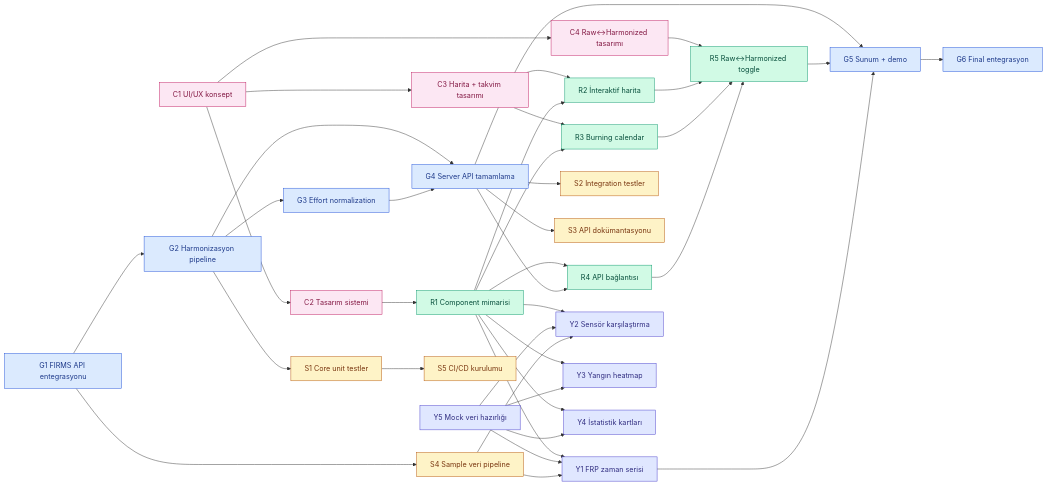
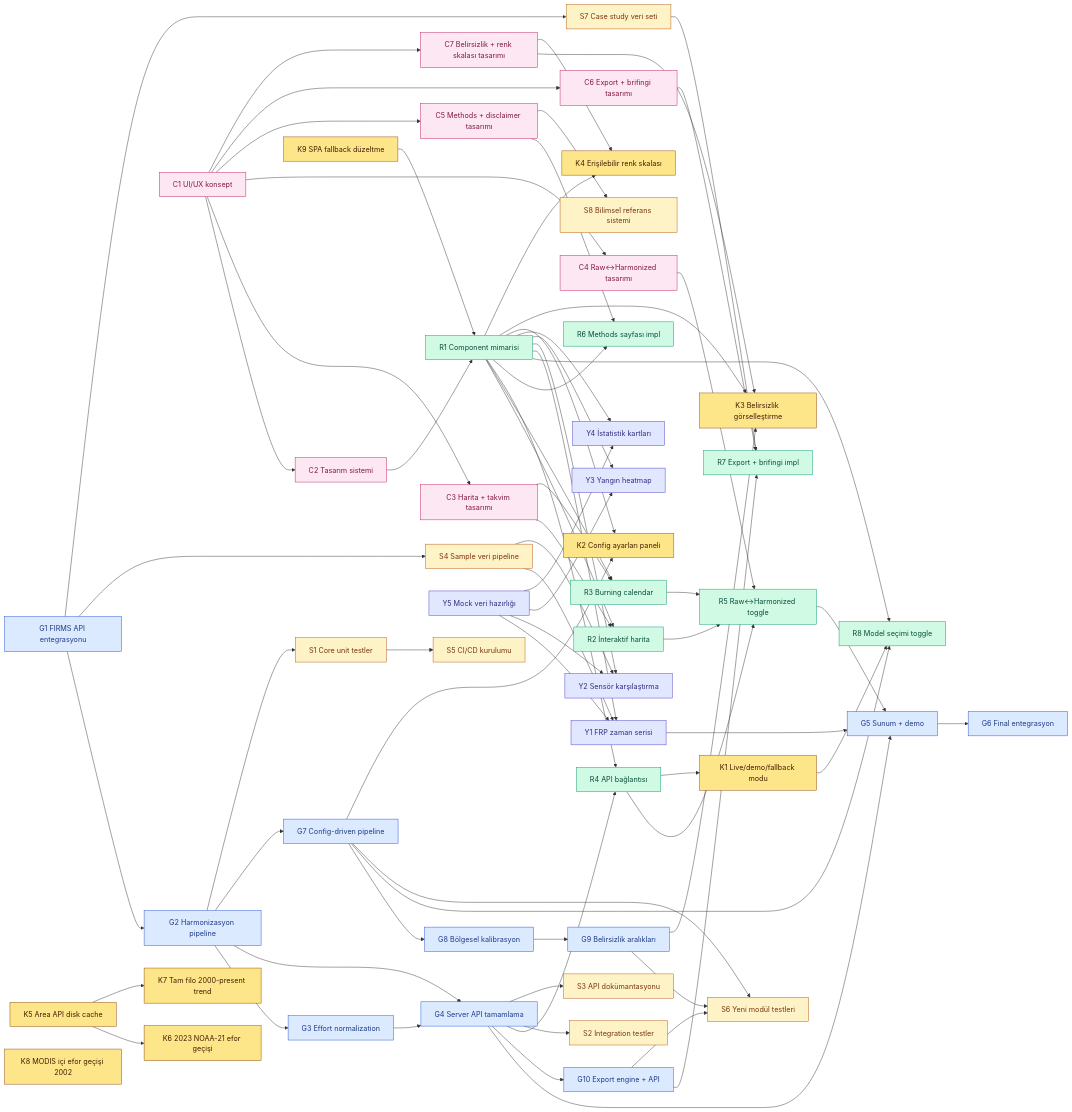
Before and after one commit to TeamMagi/SpaceApps2026-MODIS-VIIRS: the diagram in GOREVLER.md, drawn with Mermaid. The commit also changed other lines of this file and 2 other files, not shown here.

````diff
--- a/GOREVLER.md
+++ b/GOREVLER.md
@@ -27,6 +28,7 @@
     classDef serhat fill:#d1fae5,stroke:#059669,color:#064e3b
     classDef samet fill:#fef3c7,stroke:#b45309,color:#78350f
     classDef yusuf fill:#e0e7ff,stroke:#4338ca,color:#312e81
+    classDef sadik fill:#fde68a,stroke:#92400e,color:#451a03
 
     G1[G1 FIRMS API entegrasyonu]:::gorkem
     G2[G2 Harmonizasyon pipeline]:::gorkem
@@ -34,29 +36,52 @@
     G4[G4 Server API tamamlama]:::gorkem
     G5[G5 Sunum + demo]:::gorkem
     G6[G6 Final entegrasyon]:::gorkem
+    G7[G7 Config-driven pipeline]:::gorkem
+    G8[G8 Bölgesel kalibrasyon]:::gorkem
+    G9[G9 Belirsizlik aralıkları]:::gorkem
+    G10[G10 Export engine + API]:::gorkem
 
     C1[C1 UI/UX konsept]:::can
     C2[C2 Tasarım sistemi]:::can
     C3[C3 Harita + takvim tasarımı]:::can
     C4[C4 Raw↔Harmonized tasarımı]:::can
+    C5[C5 Methods + disclaimer tasarımı]:::can
+    C6[C6 Export + brifingi tasarımı]:::can
+    C7[C7 Belirsizlik + renk skalası tasarımı]:::can
 
     R1[R1 Component mimarisi]:::serhat
     R2[R2 İnteraktif harita]:::serhat
     R3[R3 Burning calendar]:::serhat
     R4[R4 API bağlantısı]:::serhat
     R5[R5 Raw↔Harmonized toggle]:::serhat
+    R6[R6 Methods sayfası impl]:::serhat
+    R7[R7 Export + brifingi impl]:::serhat
+    R8[R8 Model seçimi toggle]:::serhat
 
     S1[S1 Core unit testler]:::samet
     S2[S2 Integration testler]:::samet
     S3[S3 API dokümantasyonu]:::samet
     S4[S4 Sample veri pipeline]:::samet
     S5[S5 CI/CD kurulumu]:::samet
+    S6[S6 Yeni modül testleri]:::samet
+    S7[S7 Case study veri seti]:::samet
+    S8[S8 Bilimsel referans sistemi]:::samet
 
     Y1[Y1 FRP zaman serisi]:::yusuf
     Y2[Y2 Sensör karşılaştırma]:::yusuf
     Y3[Y3 Yangın heatmap]:::yusuf
     Y4[Y4 İstatistik kartları]:::yusuf
     Y5[Y5 Mock veri hazırlığı]:::yusuf
+
+    K1[K1 Live/demo/fallback modu]:::sadik
+    K2[K2 Config ayarları paneli]:::sadik
+    K3[K3 Belirsizlik görselleştirme]:::sadik
+    K4[K4 Erişilebilir renk skalası]:::sadik
+    K5[K5 Area API disk cache]:::sadik
+    K6[K6 2023 NOAA-21 efor geçişi]:::sadik
+    K7[K7 Tam filo 2000-present trend]:::sadik
+    K8[K8 MODIS içi efor geçişi 2002]:::sadik
+    K9[K9 SPA fallback düzeltme]:::sadik
 
     G1 --> G2
     G2 --> G3
@@ -66,10 +91,17 @@
     R5 --> G5
     Y1 --> G5
     G5 --> G6
+    G2 --> G7
+    G7 --> G8
+    G8 --> G9
+    G4 --> G10
 
     C1 --> C2
     C1 --> C3
     C1 --> C4
+    C1 --> C5
+    C1 --> C6
+    C1 --> C7
 
     C2 --> R1
     C3 --> R2
@@ -82,12 +114,25 @@
     R2 --> R5
     R3 --> R5
     R4 --> R5
+    C5 --> R6
+    R1 --> R6
+    G10 --> R7
+    C6 --> R7
+    S7 --> R7
+    G7 --> R8
+    K1 --> R8
+    R1 --> R8
 
     G2 --> S1
     G4 --> S2
     G4 --> S3
     G1 --> S4
     S1 --> S5
+    G7 --> S6
+    G9 --> S6
+    G10 --> S6
+    G1 --> S7
+    C5 --> S8
 
     R1 --> Y1
     R1 --> Y2
@@ -99,4 +144,16 @@
     Y5 --> Y4
     S4 --> Y1
     S4 --> Y2
+
+    R4 --> K1
+    G7 --> K2
+    R1 --> K2
+    G9 --> K3
+    C7 --> K3
+    R1 --> K3
+    C7 --> K4
+    R1 --> K4
+    K5 --> K6
+    K5 --> K7
+    K9 --> R1
 ```
````
